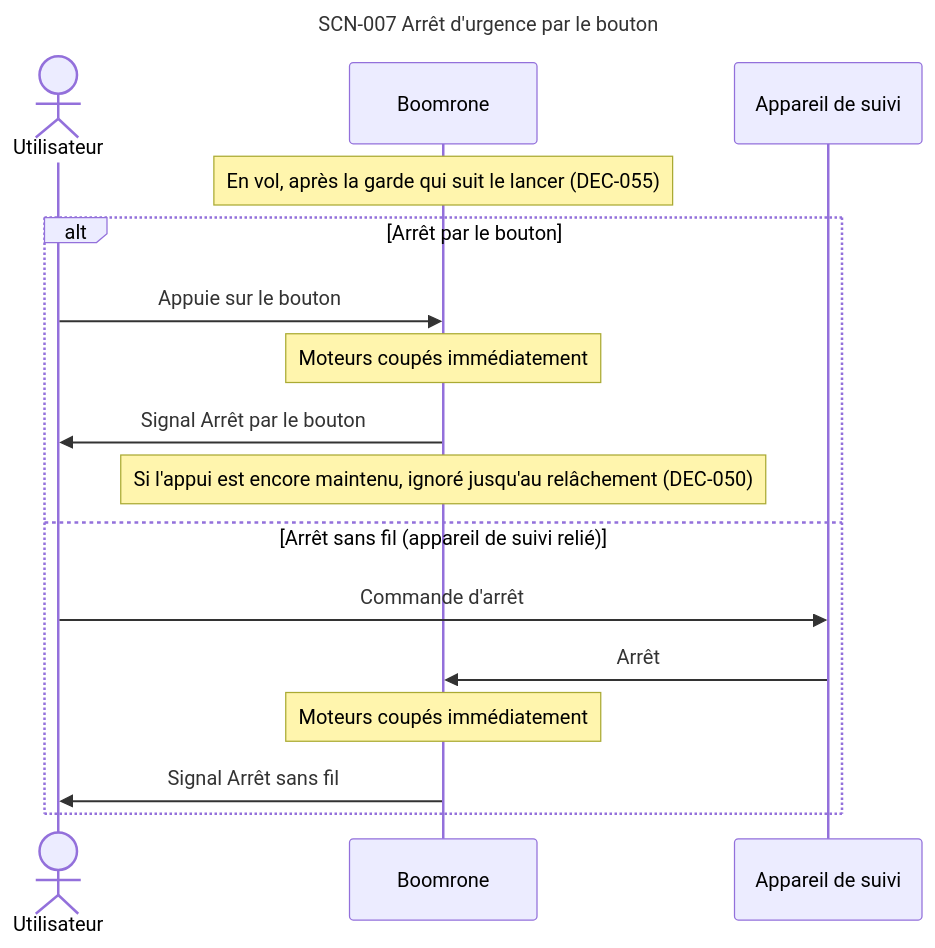
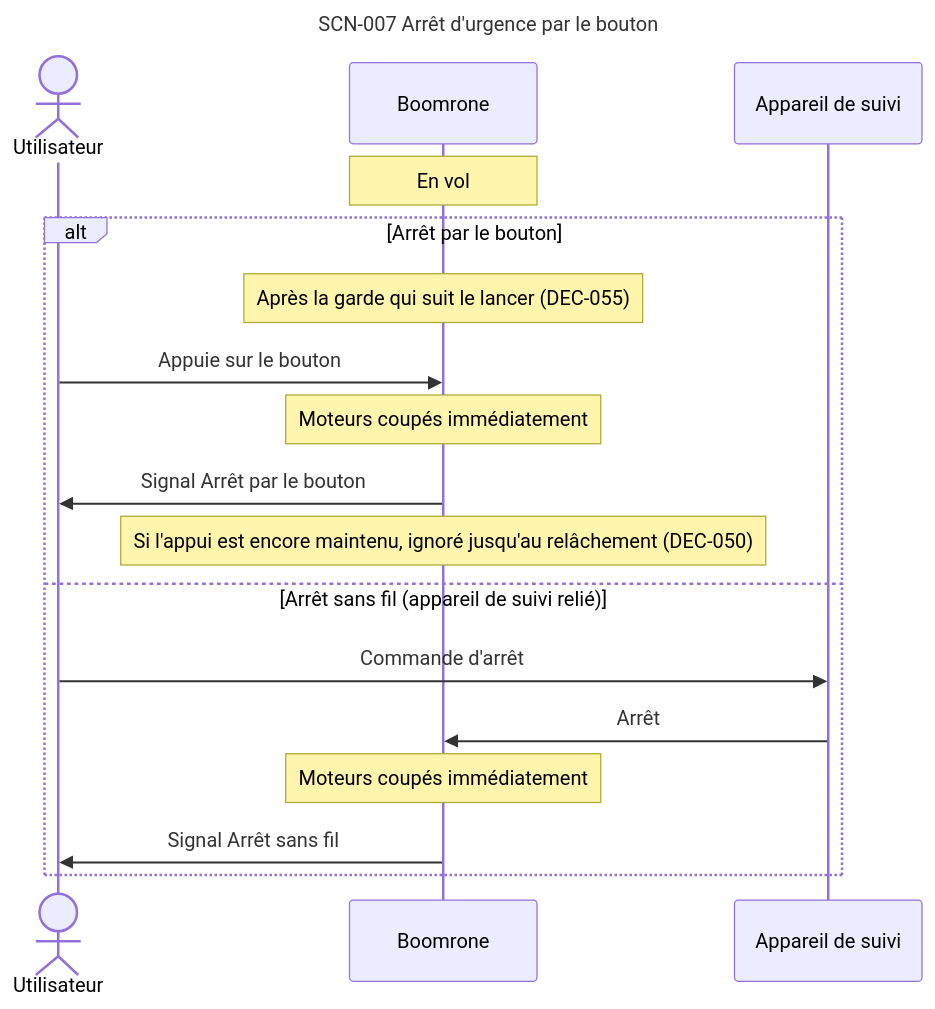
Before and after one commit to thourymatthieu-png/coworker_archi_system: the ninth of 13 diagrams in projets/boomrone/00-scenarios.md, drawn with Mermaid. The commit also changed other lines of this file and 6 other files, not shown here.

````diff
--- a/projets/boomrone/00-scenarios.md
+++ b/projets/boomrone/00-scenarios.md
@@ -337,21 +346,22 @@
 ```mermaid
 ---
 title: "SCN-007 Arrêt d'urgence par le bouton"
 ---
 sequenceDiagram
     actor U as Utilisateur
     participant D as Boomrone
     participant A as Appareil de suivi
-    Note over D: En vol, après la garde qui suit le lancer (DEC-055)
+    Note over D: En vol
     alt Arrêt par le bouton
+        Note over D: Après la garde qui suit le lancer (DEC-055)
         U->>D: Appuie sur le bouton
         Note over D: Moteurs coupés immédiatement
         D->>U: Signal Arrêt par le bouton
         Note over D: Si l'appui est encore maintenu, ignoré jusqu'au relâchement (DEC-050)
     else Arrêt sans fil (appareil de suivi relié)
         U->>A: Commande d'arrêt
         A->>D: Arrêt
         Note over D: Moteurs coupés immédiatement
         D->>U: Signal Arrêt sans fil
     end
 ```
````
